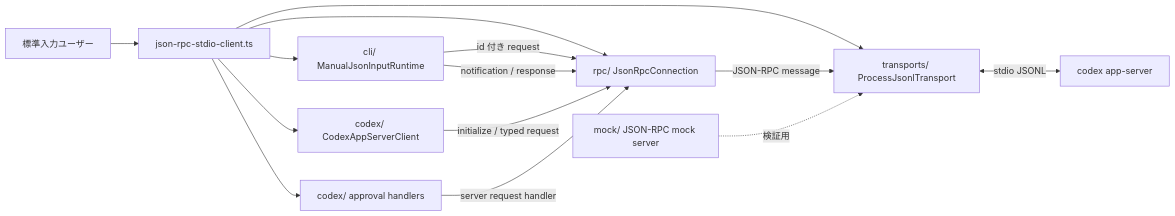
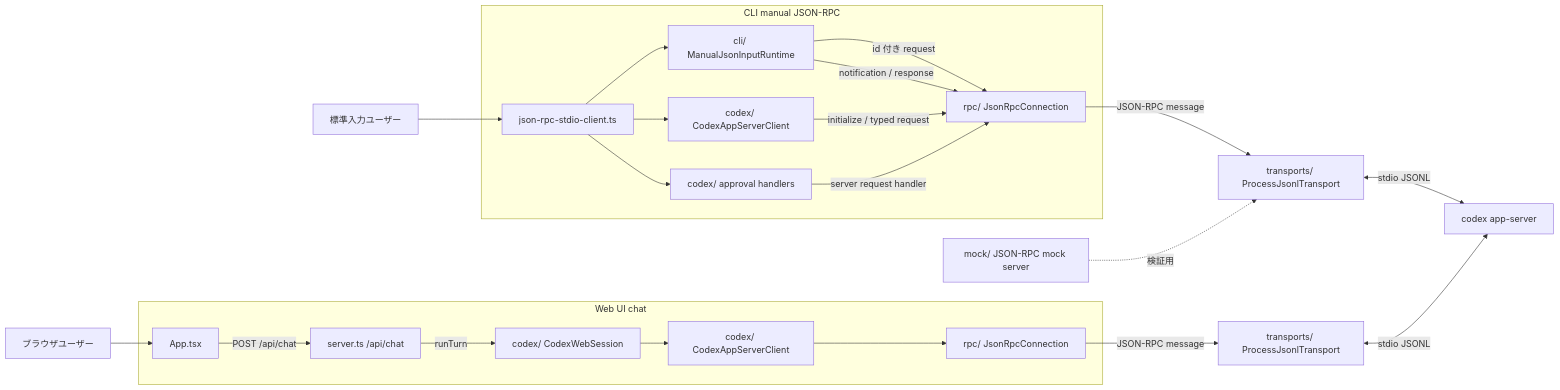
The first of 3 diagrams in README.md (bebebebebebebebebebebebebebebe/simple-codex-client), drawn with Mermaid before and after one commit. The commit also changed other lines of this file and 20 other files, not shown here.

````diff
--- a/README.md
+++ b/README.md
@@ -29,20 +32,29 @@
 ```mermaid
 flowchart LR
-    User[標準入力ユーザー] --> Entry[json-rpc-stdio-client.ts]
+    CliUser[標準入力ユーザー] --> CliEntry[json-rpc-stdio-client.ts]
+    WebUser[ブラウザユーザー] --> WebApp[App.tsx]
 
-    Entry --> Manual[cli/ ManualJsonInputRuntime]
-    Entry --> CodexClient[codex/ CodexAppServerClient]
-    Entry --> Approval[codex/ approval handlers]
-    Entry --> Connection[rpc/ JsonRpcConnection]
-    Entry --> Transport[transports/ ProcessJsonlTransport]
+    subgraph CLI[CLI manual JSON-RPC]
+        CliEntry --> Manual[cli/ ManualJsonInputRuntime]
+        CliEntry --> CliClient[codex/ CodexAppServerClient]
+        CliEntry --> Approval[codex/ approval handlers]
+        Manual -->|id 付き request| CliConnection[rpc/ JsonRpcConnection]
+        Manual -->|notification / response| CliConnection
+        CliClient -->|initialize / typed request| CliConnection
+        Approval -->|server request handler| CliConnection
+    end
 
-    Manual -->|id 付き request| Connection
-    Manual -->|notification / response| Connection
-    CodexClient -->|initialize / typed request| Connection
-    Approval -->|server request handler| Connection
+    subgraph Web[Web UI chat]
+        WebApp -->|POST /api/chat| ApiChat[server.ts /api/chat]
+        ApiChat -->|runTurn| WebSession[codex/ CodexWebSession]
+        WebSession --> WebClient[codex/ CodexAppServerClient]
+        WebClient --> WebConnection[rpc/ JsonRpcConnection]
+    end
 
-    Connection -->|JSON-RPC message| Transport
-    Transport <-->|stdio JSONL| CodexServer[codex app-server]
+    CliConnection -->|JSON-RPC message| CliTransport[transports/ ProcessJsonlTransport]
+    WebConnection -->|JSON-RPC message| WebTransport[transports/ ProcessJsonlTransport]
+    CliTransport <-->|stdio JSONL| CodexServer[codex app-server]
+    WebTransport <-->|stdio JSONL| CodexServer
 
-    Mock[mock/ JSON-RPC mock server] -. 検証用 .-> Transport
+    Mock[mock/ JSON-RPC mock server] -. 検証用 .-> CliTransport
 ```
````
